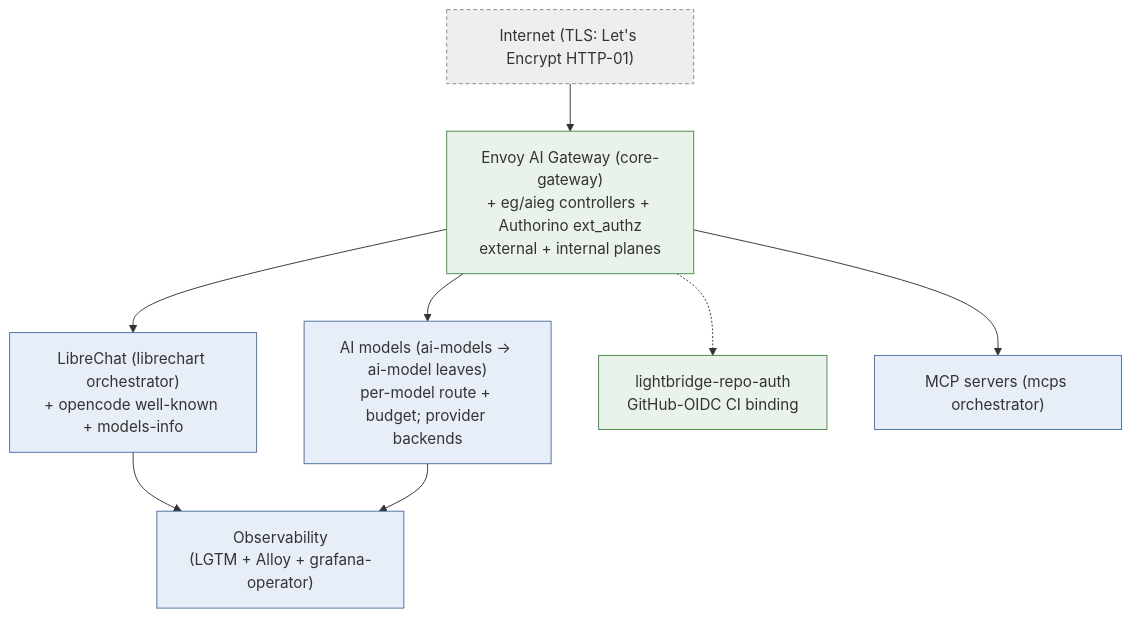
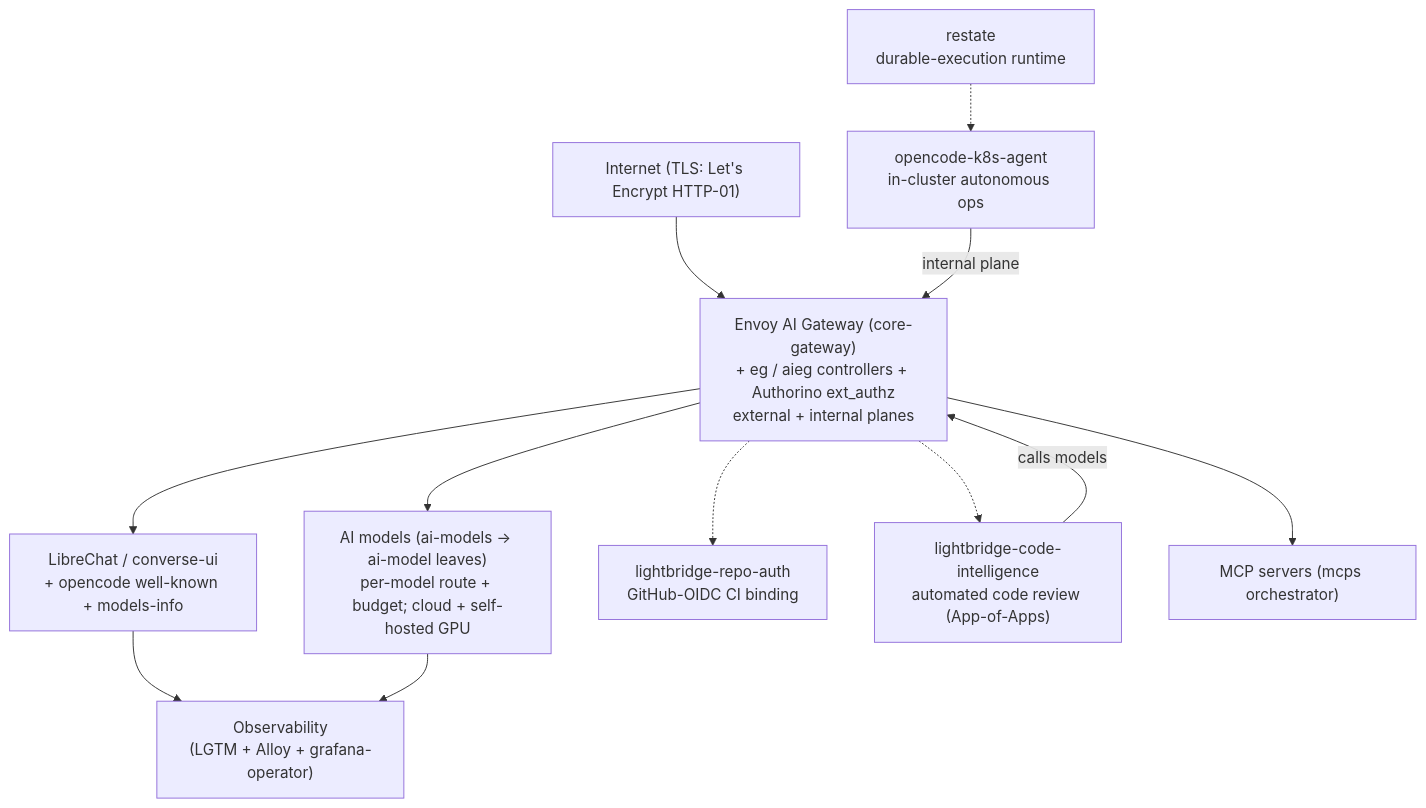
Before and after one commit to ADORSYS-GIS/ai-helm: the second of 10 diagrams in docs/arc42.md, drawn with Mermaid. The commit also changed other lines of this file, not shown here.

First line of the commit message:
docs(arc42): refresh to continuous-delivery steady state; uncolor + add diagrams

````diff
--- a/docs/arc42.md
+++ b/docs/arc42.md
@@ -136,23 +144,26 @@
 ```mermaid
 flowchart TB
-    NET["Internet (TLS: Let's Encrypt HTTP-01)"]:::ext
-    GW["Envoy AI Gateway (core-gateway)<br/>+ eg/aieg controllers + Authorino ext_authz<br/>external + internal planes"]:::own
+    NET["Internet (TLS: Let's Encrypt HTTP-01)"]
+    GW["Envoy AI Gateway (core-gateway)<br/>+ eg / aieg controllers + Authorino ext_authz<br/>external + internal planes"]
 
-    LC["LibreChat (librechart orchestrator)<br/>+ opencode well-known + models-info"]:::ctrl
-    MODELS["AI models (ai-models → ai-model leaves)<br/>per-model route + budget; provider backends"]:::ctrl
-    REPO["lightbridge-repo-auth<br/>GitHub-OIDC CI binding"]:::own
-    MCP["MCP servers (mcps orchestrator)"]:::ctrl
-    OBS["Observability<br/>(LGTM + Alloy + grafana-operator)"]:::ctrl
+    LC["LibreChat / converse-ui<br/>+ opencode well-known + models-info"]
+    MODELS["AI models (ai-models → ai-model leaves)<br/>per-model route + budget; cloud + self-hosted GPU"]
+    REPO["lightbridge-repo-auth<br/>GitHub-OIDC CI binding"]
+    LCI["lightbridge-code-intelligence<br/>automated code review (App-of-Apps)"]
+    AGENT["opencode-k8s-agent<br/>in-cluster autonomous ops"]
+    MCP["MCP servers (mcps orchestrator)"]
+    RST["restate<br/>durable-execution runtime"]
+    OBS["Observability<br/>(LGTM + Alloy + grafana-operator)"]
 
     NET --> GW
     GW --> LC
     GW --> MODELS
     GW --> MCP
     GW -.-> REPO
+    GW -.-> LCI
+    AGENT -->|internal plane| GW
+    LCI -->|calls models| GW
     LC --> OBS
     MODELS --> OBS
-
-    classDef own fill:#eaf3ea,stroke:#4a8a4a;
-    classDef ctrl fill:#e8eef7,stroke:#4a6fa5;
-    classDef ext fill:#eee,stroke:#888,stroke-dasharray:4 3;
+    RST -.-> AGENT
 ```
````
